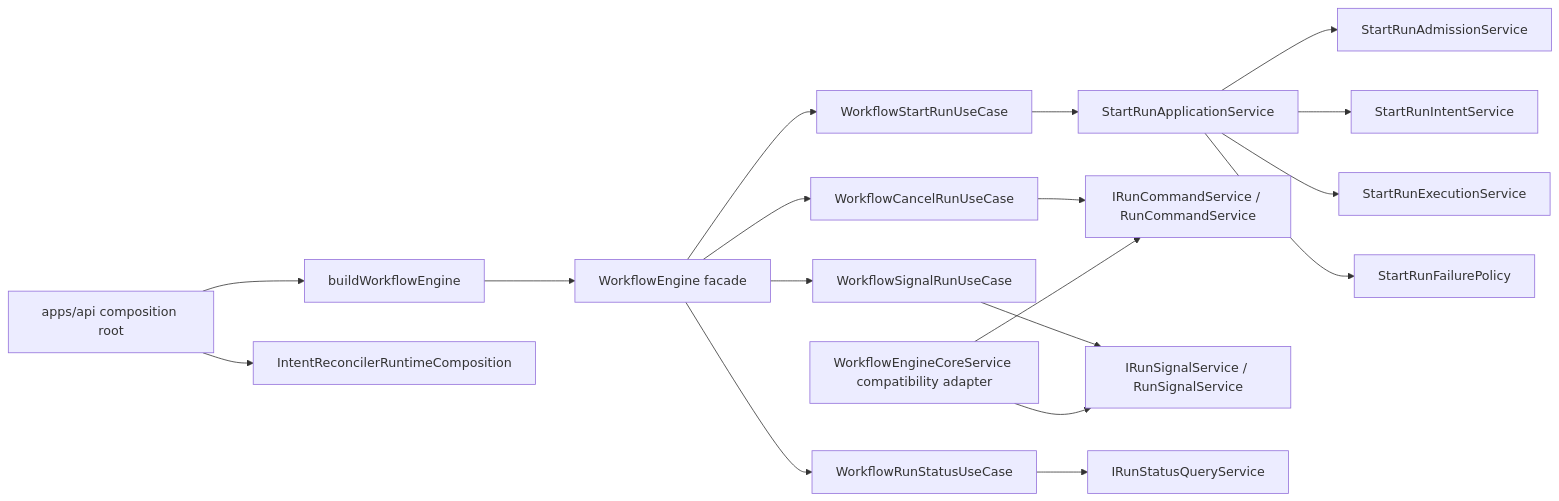
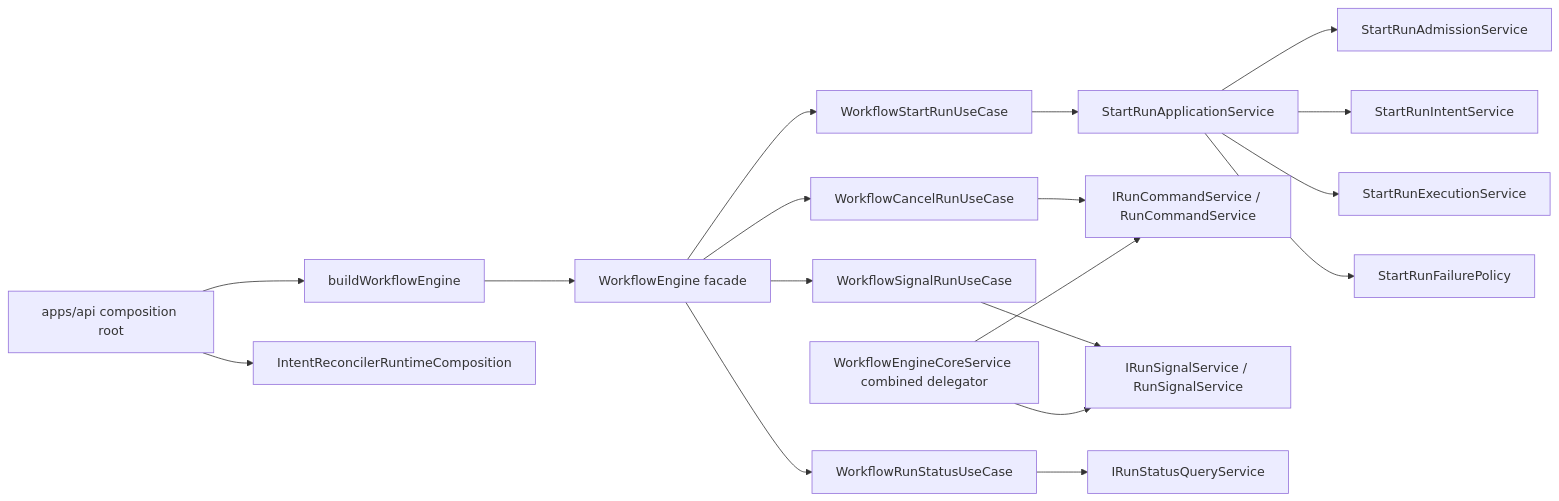
Before and after one commit to dunay2/dvt: the first of 3 diagrams in docs/architecture/components/engine/architecture/workflow-engine-semantic-closure-component.md, drawn with Mermaid. The commit also changed other lines of this file and 20 other files, not shown here.

Commit message:
docs(engine): Hardcut WorkflowEngine canonical map

````diff
--- a/docs/architecture/components/engine/architecture/workflow-engine-semantic-closure-component.md
+++ b/docs/architecture/components/engine/architecture/workflow-engine-semantic-closure-component.md
@@ -91,22 +91,22 @@
 ```mermaid
 flowchart LR
   Api["apps/api composition root"] --> Factory["buildWorkflowEngine"]
   Api --> Reconciler["IntentReconcilerRuntimeComposition"]
   Factory --> Facade["WorkflowEngine facade"]
   Facade --> Start["WorkflowStartRunUseCase"]
   Facade --> Cancel["WorkflowCancelRunUseCase"]
   Facade --> Signal["WorkflowSignalRunUseCase"]
   Facade --> Status["WorkflowRunStatusUseCase"]
 
   Start --> StartApp["StartRunApplicationService"]
   StartApp --> Admission["StartRunAdmissionService"]
   StartApp --> Intent["StartRunIntentService"]
   StartApp --> Exec["StartRunExecutionService"]
   StartApp --> Failure["StartRunFailurePolicy"]
 
   Cancel --> Command["IRunCommandService / RunCommandService"]
   Signal --> SignalSvc["IRunSignalService / RunSignalService"]
-  Compat["WorkflowEngineCoreService compatibility adapter"] --> Command
-  Compat --> SignalSvc
+  Control["WorkflowEngineCoreService combined delegator"] --> Command
+  Control --> SignalSvc
   Status --> StatusQuery["IRunStatusQueryService"]
 ```
````
